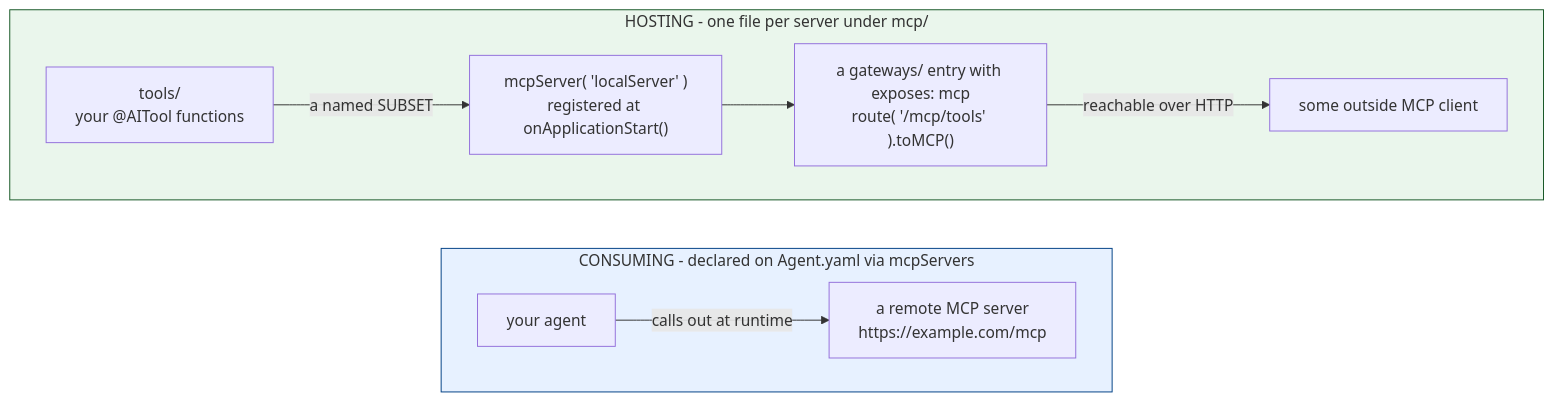
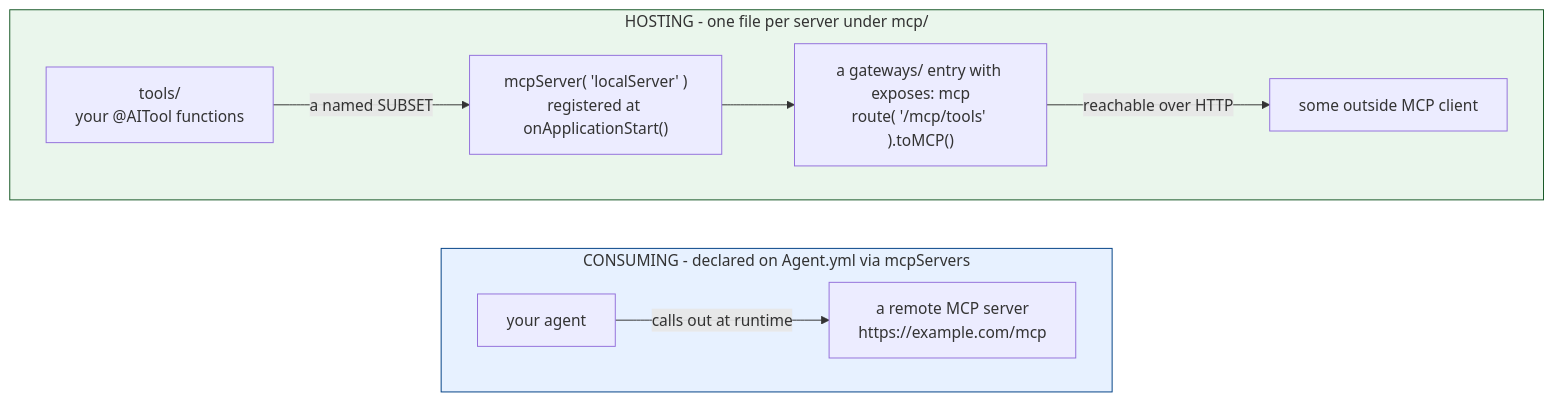
One commit to ortus-boxlang/bx-agents changed the diagram in docs/versions/1.0.x/conventions/mcp.md. Above: the diagram before and after it, drawn with Mermaid. The commit also changed other lines of this file and 401 other files, not shown here.

First line of the commit message:
Rename Agent.yaml, bxAgents.yml and settings.yml to Agent.yml

````diff
--- a/docs/versions/1.0.x/conventions/mcp.md
+++ b/docs/versions/1.0.x/conventions/mcp.md
@@ -13,17 +13,17 @@
 ```mermaid
 flowchart LR
-    subgraph consume["CONSUMING - declared on Agent.yaml via mcpServers"]
+    subgraph consume["CONSUMING - declared on Agent.yml via mcpServers"]
         direction LR
         AG["your agent"] -->|"calls out at runtime"| RM["a remote MCP server<br/>https://example.com/mcp"]
     end
 
     subgraph host["HOSTING - one file per server under mcp/"]
         direction LR
         TL["tools/<br/>your @AITool functions"] -->|"a named SUBSET"| MS["mcpServer( 'localServer' )<br/>registered at onApplicationStart()"]
         MS --> GW["a gateways/ entry with exposes: mcp<br/>route( '/mcp/tools' ).toMCP()"]
         GW -->|"reachable over HTTP"| OC["some outside MCP client"]
     end
 
     style consume fill:#e7f1ff,stroke:#004085
     style host fill:#eaf6ec,stroke:#155724
 ```
````
